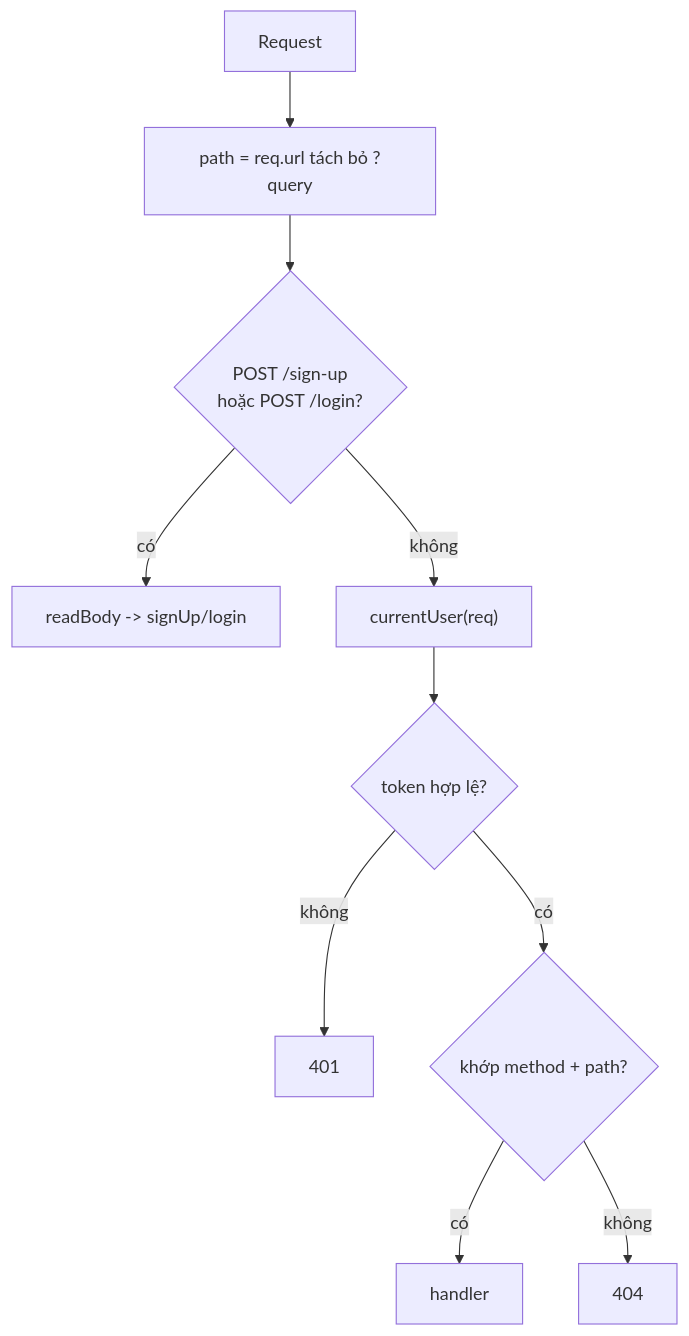
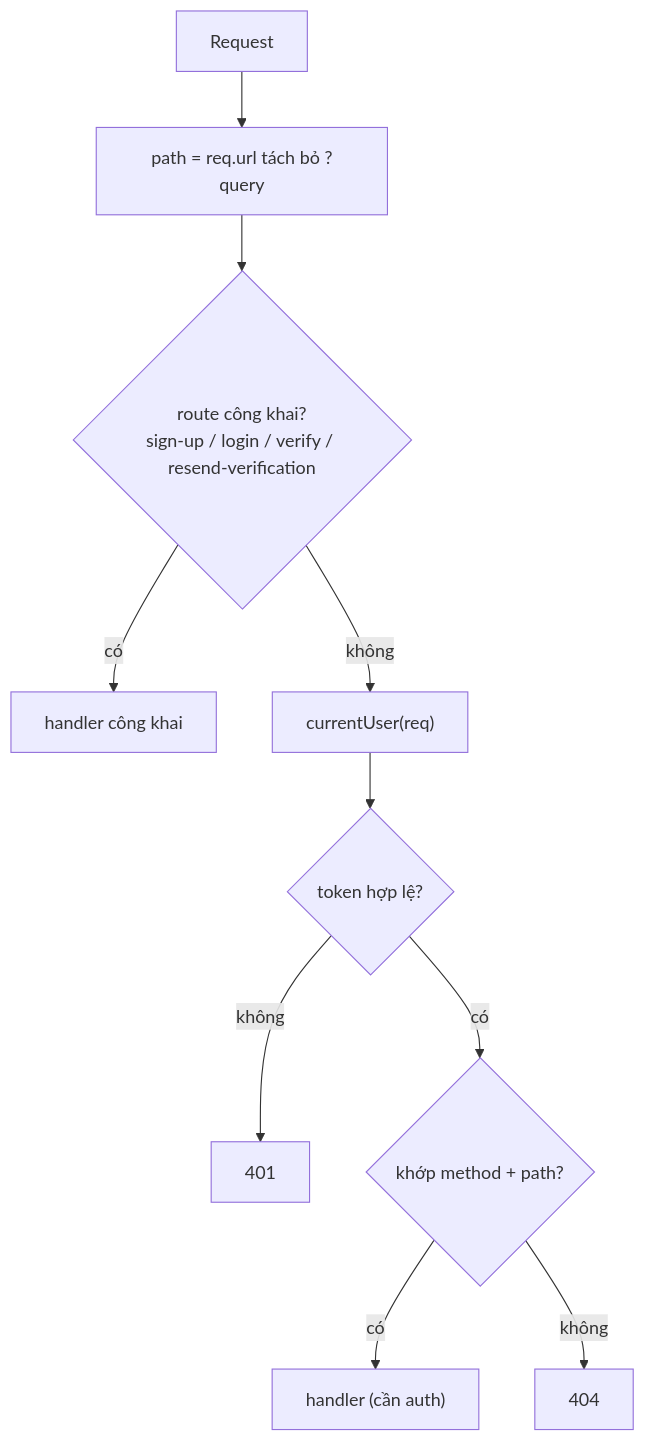
Before and after one commit to blashdark/SET-2026: the first of 2 diagrams in backend/FLOW.md, drawn with Mermaid. The commit also changed other lines of this file and 16 other files, not shown here.

````diff
--- a/backend/FLOW.md
+++ b/backend/FLOW.md
@@ -36,12 +48,12 @@
 ```mermaid
 flowchart TD
     A[Request] --> B["path = req.url tách bỏ ?query"]
-    B --> C{"POST /sign-up<br/>hoặc POST /login?"}
-    C -- có --> D["readBody -> signUp/login"]
+    B --> C{"route công khai?<br/>sign-up / login / verify / resend-verification"}
+    C -- có --> D[handler công khai]
     C -- không --> E["currentUser(req)"]
     E --> F{"token hợp lệ?"}
     F -- không --> G[401]
     F -- có --> H{"khớp method + path?"}
-    H -- có --> I["handler"]
+    H -- có --> I["handler (cần auth)"]
     H -- không --> J[404]
 ```
````
